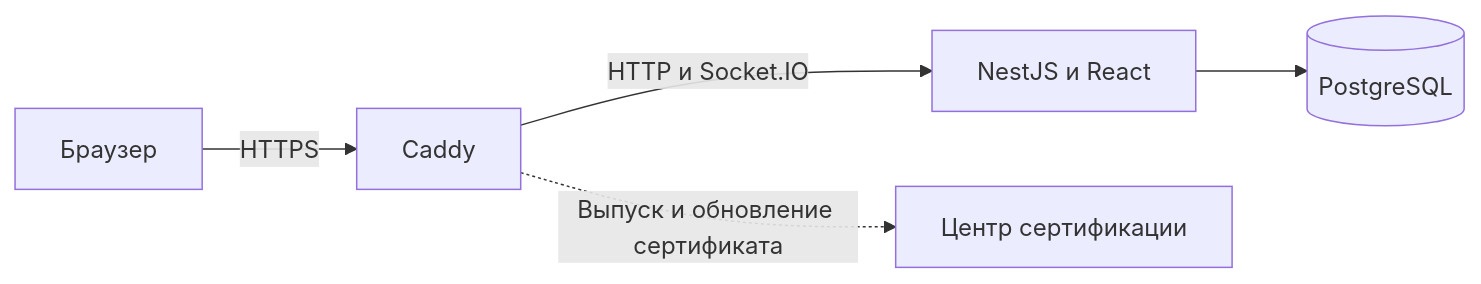
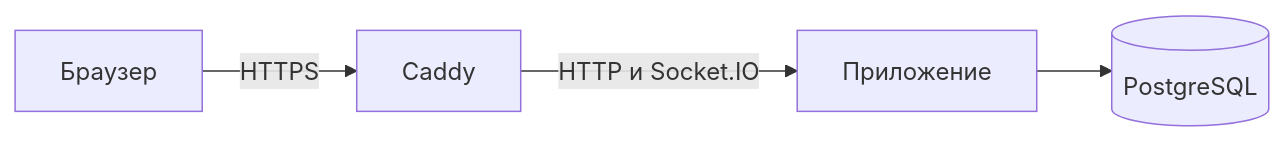
Before and after one commit to shlegeldavid/decentracord: the diagram in README.md, drawn with Mermaid. The commit also changed other lines of this file and 166 other files, not shown here.

````diff
--- a/README.md
+++ b/README.md
@@ -32,7 +67,6 @@
 ```mermaid
 flowchart LR
-    Browser[Браузер] -->|HTTPS| Proxy[Caddy]
-    Proxy -->|HTTP и Socket.IO| App[NestJS и React]
+    Browser[Браузер] -->|HTTPS| Caddy
+    Caddy -->|HTTP и Socket.IO| App[Приложение]
     App --> DB[(PostgreSQL)]
-    Proxy -.->|Выпуск и обновление сертификата| CA[Центр сертификации]
 ```
````
